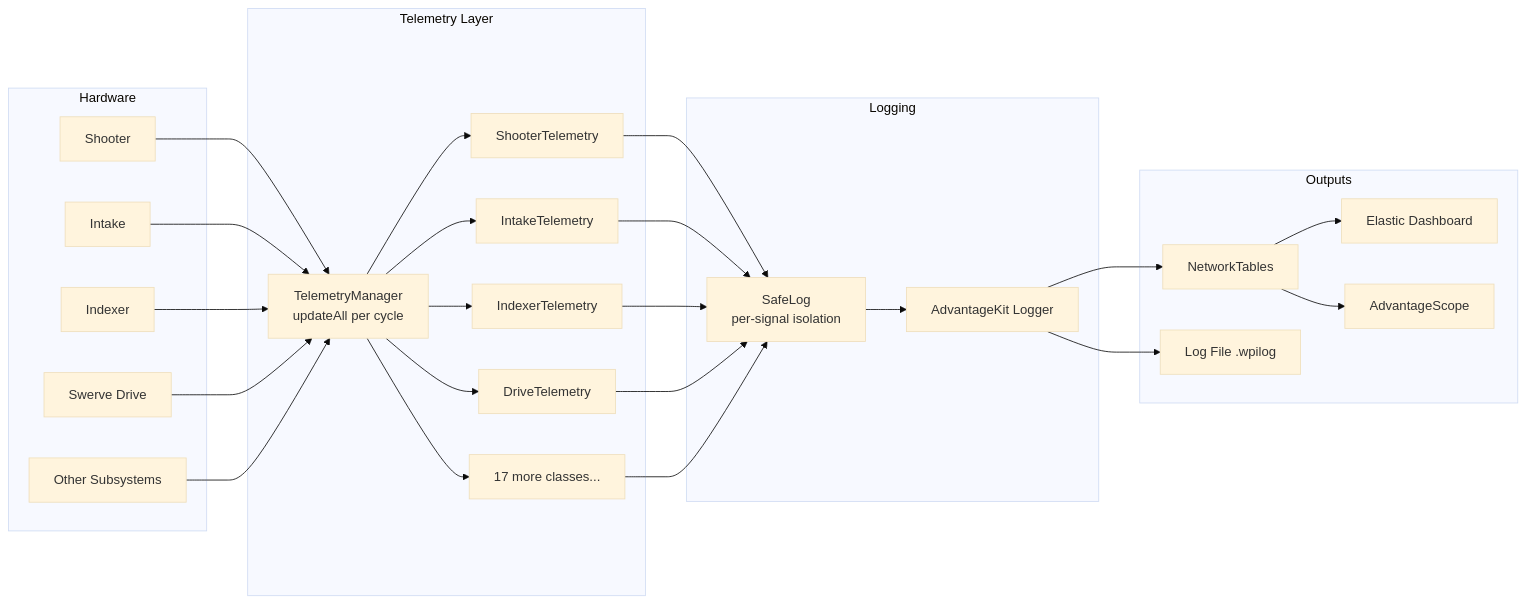
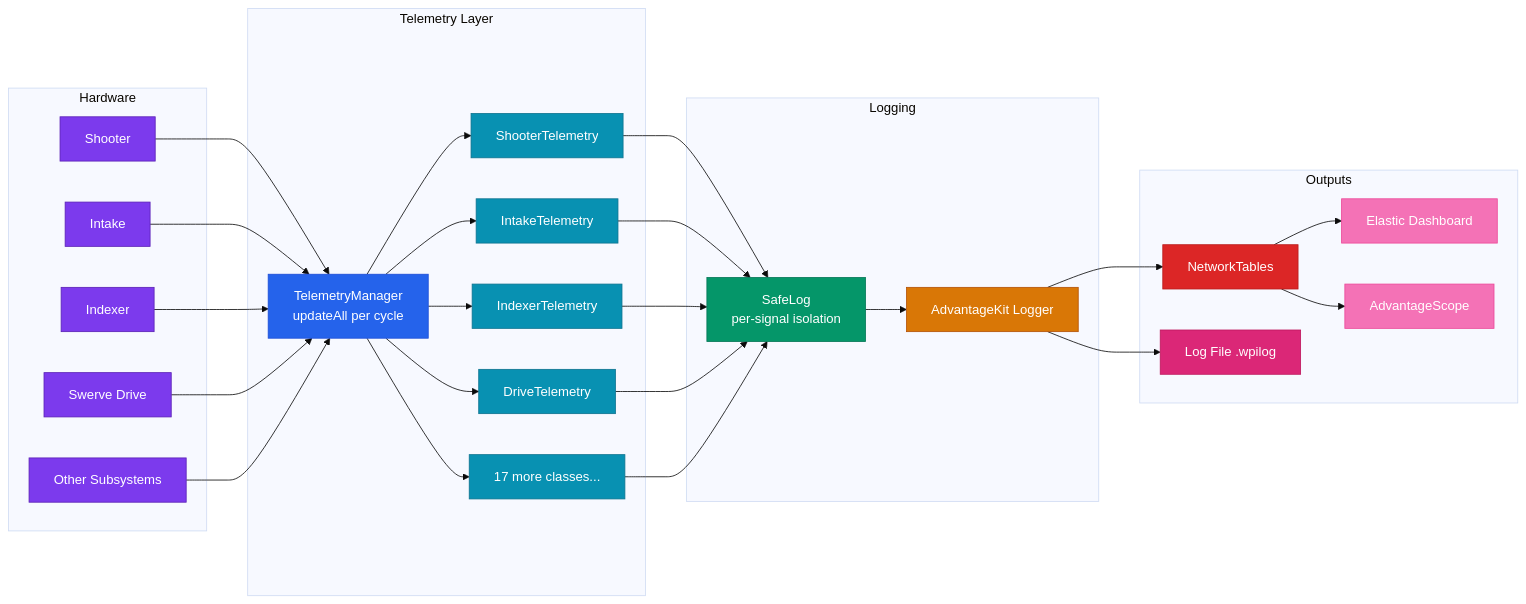
Before and after one commit to eeveemara/frc5962-2026-docs: the first of 3 diagrams in docs/architecture/system-overview.md, drawn with Mermaid (base theme). The commit also changed other lines of this file and 14 other files, not shown here.

Commit message:
Add explicit colors to all 20 mermaid diagrams for GitBook dark mode

````diff
--- a/docs/architecture/system-overview.md
+++ b/docs/architecture/system-overview.md
@@ -11,38 +11,56 @@
 ```mermaid
 flowchart LR
     subgraph Hardware
         S1[Shooter]
         S2[Intake]
         S3[Indexer]
         S4[Swerve Drive]
         S5[Other Subsystems]
     end
 
     subgraph Telemetry Layer
         TM[TelemetryManager<br/>updateAll per cycle]
         T1[ShooterTelemetry]
         T2[IntakeTelemetry]
         T3[IndexerTelemetry]
         T4[DriveTelemetry]
         T5[17 more classes...]
     end
 
     subgraph Logging
         SL[SafeLog<br/>per-signal isolation]
         AK[AdvantageKit Logger]
     end
 
     subgraph Outputs
         NT[NetworkTables]
         LOG[Log File .wpilog]
         EL[Elastic Dashboard]
         AS[AdvantageScope]
     end
 
     S1 & S2 & S3 & S4 & S5 --> TM
     TM --> T1 & T2 & T3 & T4 & T5
     T1 & T2 & T3 & T4 & T5 --> SL
     SL --> AK
     AK --> NT & LOG
     NT --> EL & AS
+
+    style S1 fill:#7c3aed,stroke:#5b21b6,color:#fff
+    style S2 fill:#7c3aed,stroke:#5b21b6,color:#fff
+    style S3 fill:#7c3aed,stroke:#5b21b6,color:#fff
+    style S4 fill:#7c3aed,stroke:#5b21b6,color:#fff
+    style S5 fill:#7c3aed,stroke:#5b21b6,color:#fff
+    style TM fill:#2563eb,stroke:#1d4ed8,color:#fff
+    style T1 fill:#0891b2,stroke:#0e7490,color:#fff
+    style T2 fill:#0891b2,stroke:#0e7490,color:#fff
+    style T3 fill:#0891b2,stroke:#0e7490,color:#fff
+    style T4 fill:#0891b2,stroke:#0e7490,color:#fff
+    style T5 fill:#0891b2,stroke:#0e7490,color:#fff
+    style SL fill:#059669,stroke:#047857,color:#fff
+    style AK fill:#d97706,stroke:#b45309,color:#fff
+    style NT fill:#dc2626,stroke:#b91c1c,color:#fff
+    style LOG fill:#db2777,stroke:#be185d,color:#fff
+    style EL fill:#f472b6,stroke:#ec4899,color:#fff
+    style AS fill:#f472b6,stroke:#ec4899,color:#fff
 ```
````
